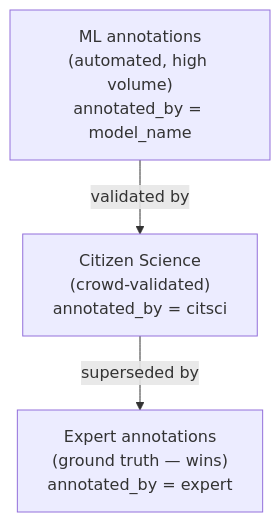
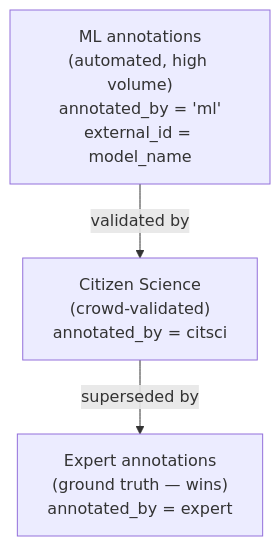
One commit to wildlifeai/spyfish-aotearoa-toolkit changed the seventh of 14 diagrams in design_doc.md. Above: the diagram before and after it, drawn with Mermaid. The commit also changed other lines of this file and 130 other files, not shown here.

````diff
--- a/design_doc.md
+++ b/design_doc.md
@@ -496,9 +497,9 @@
 ```mermaid
 graph TB
-    ML["ML annotations<br/>(automated, high volume)<br/>annotated_by = model_name"]
+    ML["ML annotations<br/>(automated, high volume)<br/>annotated_by = 'ml'<br/>external_id = model_name"]
     CS["Citizen Science<br/>(crowd-validated)<br/>annotated_by = citsci"]
     EX["Expert annotations<br/>(ground truth — wins)<br/>annotated_by = expert"]
 
     ML -->|"validated by"| CS
     CS -->|"superseded by"| EX
 ```
````
